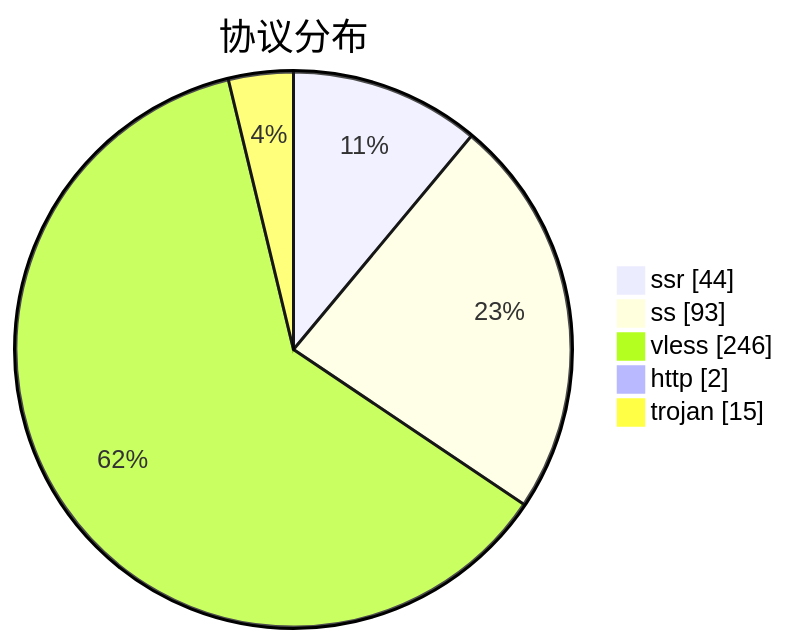
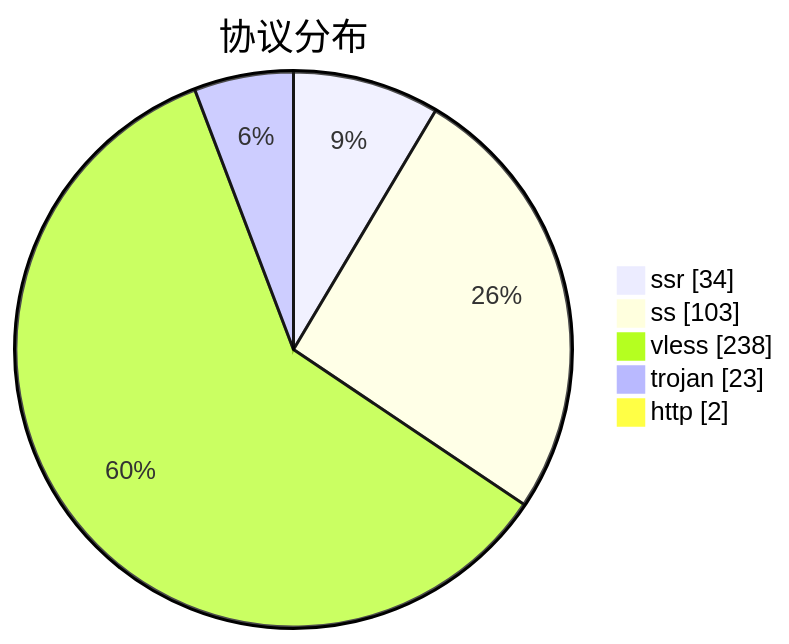
Before and after one commit to qjlxg/airport: the third of 3 diagrams in subs/statistics/tested_within.md, drawn with Mermaid. The commit also changed other lines of this file and 2 other files, not shown here.

````diff
--- a/subs/statistics/tested_within.md
+++ b/subs/statistics/tested_within.md
@@ -19,9 +19,9 @@
 ```mermaid
 pie showData
 title 协议分布
-"ssr" : 44
-"ss" : 93
-"vless" : 246
+"ssr" : 34
+"ss" : 103
+"vless" : 238
+"trojan" : 23
 "http" : 2
-"trojan" : 15
 ```
````
